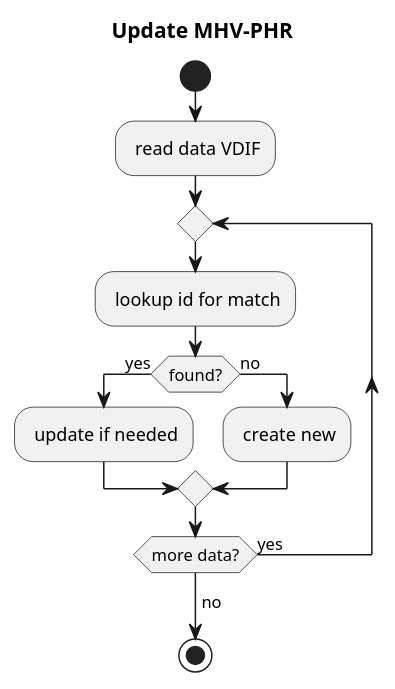
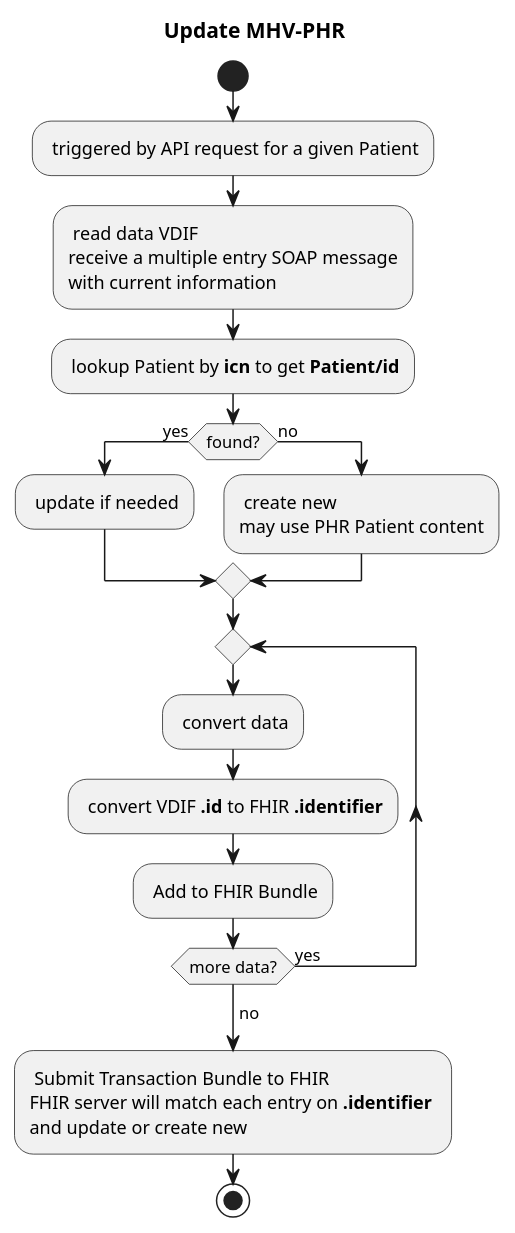
One commit to department-of-veterans-affairs/mhv-fhir-phr-mapping changed the diagram in input/images-source/update-flow.plantuml. Above: the diagram before and after it, drawn with PlantUML. The commit also changed 914 other files, not shown here.

```diff
--- a/input/images-source/update-flow.plantuml
+++ b/input/images-source/update-flow.plantuml
@@ -1,18 +1,33 @@
 @startuml
 title Update MHV-PHR
 
+
 start
-: read data VDIF;
+: triggered by API request for a given Patient;
+
+: read data VDIF
+receive a multiple entry SOAP message
+with current information;
+
+: lookup Patient by **icn** to get **Patient/id**;
+if (found?) then (yes)
+  : update if needed;
+else (no)
+  : create new
+  may use PHR Patient content;
+endif 
 
 repeat
-  : lookup id for match;
-  if (found?) then (yes)
-    : update if needed;
-  else (no)
-    : create new;
-  endif 
+  : convert data;
+  : convert VDIF **.id** to FHIR **.identifier**;
+  : Add to FHIR Bundle;
 repeat while (more data?) is (yes)
 ->no;
+
+: Submit Transaction Bundle to FHIR
+FHIR server will match each entry on **.identifier** 
+and update or create new;
+
 stop
 
 @enduml
```
